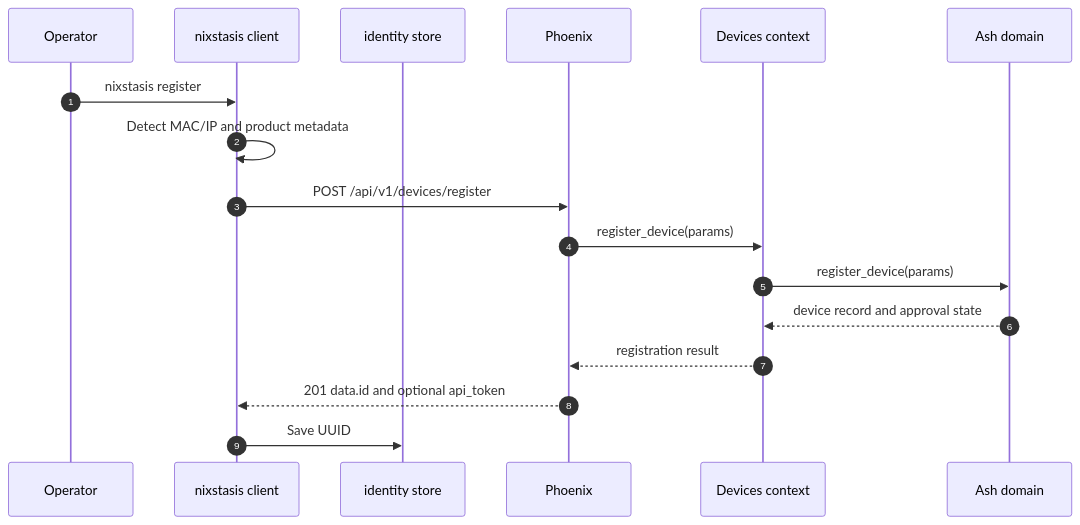
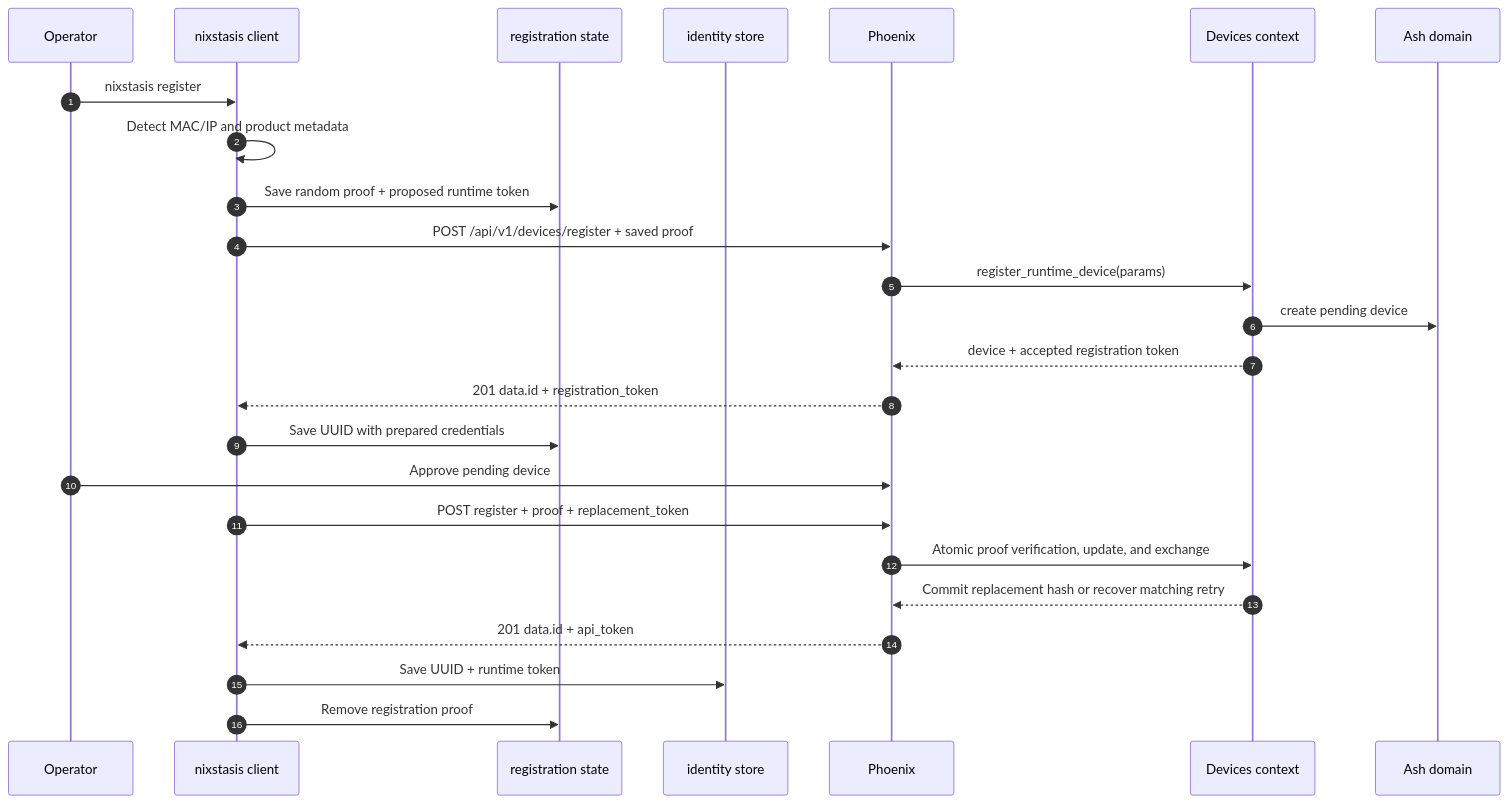
The first of 5 diagrams in docs/src/data-flow.md (RobertDeRose/Nixstasis), drawn with Mermaid before and after one commit. The commit also changed other lines of this file and 78 other files, not shown here.

First line of the commit message:
fix(repo): secure device enrollment and client API transport (#1)

````diff
--- a/docs/src/data-flow.md
+++ b/docs/src/data-flow.md
@@ -5,20 +5,28 @@
 ```mermaid
 sequenceDiagram
     autonumber
     participant Operator
     participant Client as nixstasis client
+    participant Pending as registration state
     participant Identity as identity store
     participant Phoenix
     participant Devices as Devices context
     participant Domain as Ash domain
 
     Operator->>Client: nixstasis register
     Client->>Client: Detect MAC/IP and product metadata
-    Client->>Phoenix: POST /api/v1/devices/register
-    Phoenix->>Devices: register_device(params)
-    Devices->>Domain: register_device(params)
-    Domain-->>Devices: device record and approval state
-    Devices-->>Phoenix: registration result
-    Phoenix-->>Client: 201 data.id and optional api_token
-    Client->>Identity: Save UUID
+    Client->>Pending: Save random proof + proposed runtime token
+    Client->>Phoenix: POST /api/v1/devices/register + saved proof
+    Phoenix->>Devices: register_runtime_device(params)
+    Devices->>Domain: create pending device
+    Devices-->>Phoenix: device + accepted registration token
+    Phoenix-->>Client: 201 data.id + registration_token
+    Client->>Pending: Save UUID with prepared credentials
+    Operator->>Phoenix: Approve pending device
+    Client->>Phoenix: POST register + proof + replacement_token
+    Phoenix->>Devices: Atomic proof verification, update, and exchange
+    Devices-->>Phoenix: Commit replacement hash or recover matching retry
+    Phoenix-->>Client: 201 data.id + api_token
+    Client->>Identity: Save UUID + runtime token
+    Client->>Pending: Remove registration proof
 ```
````
